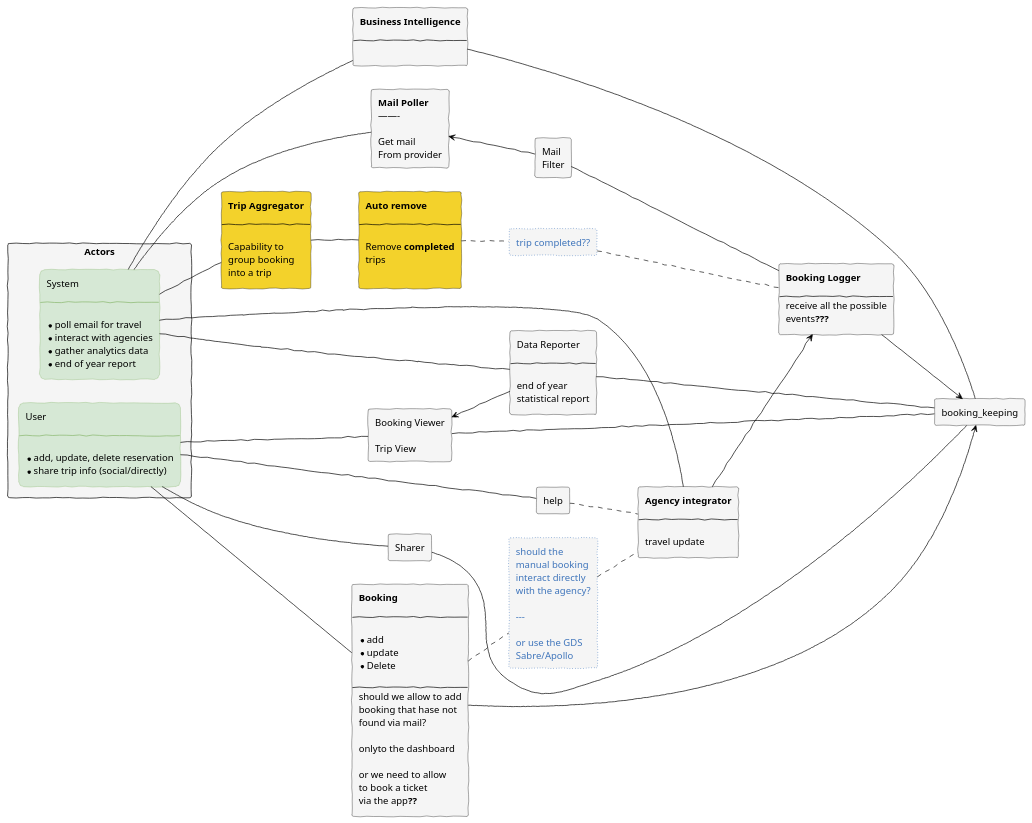
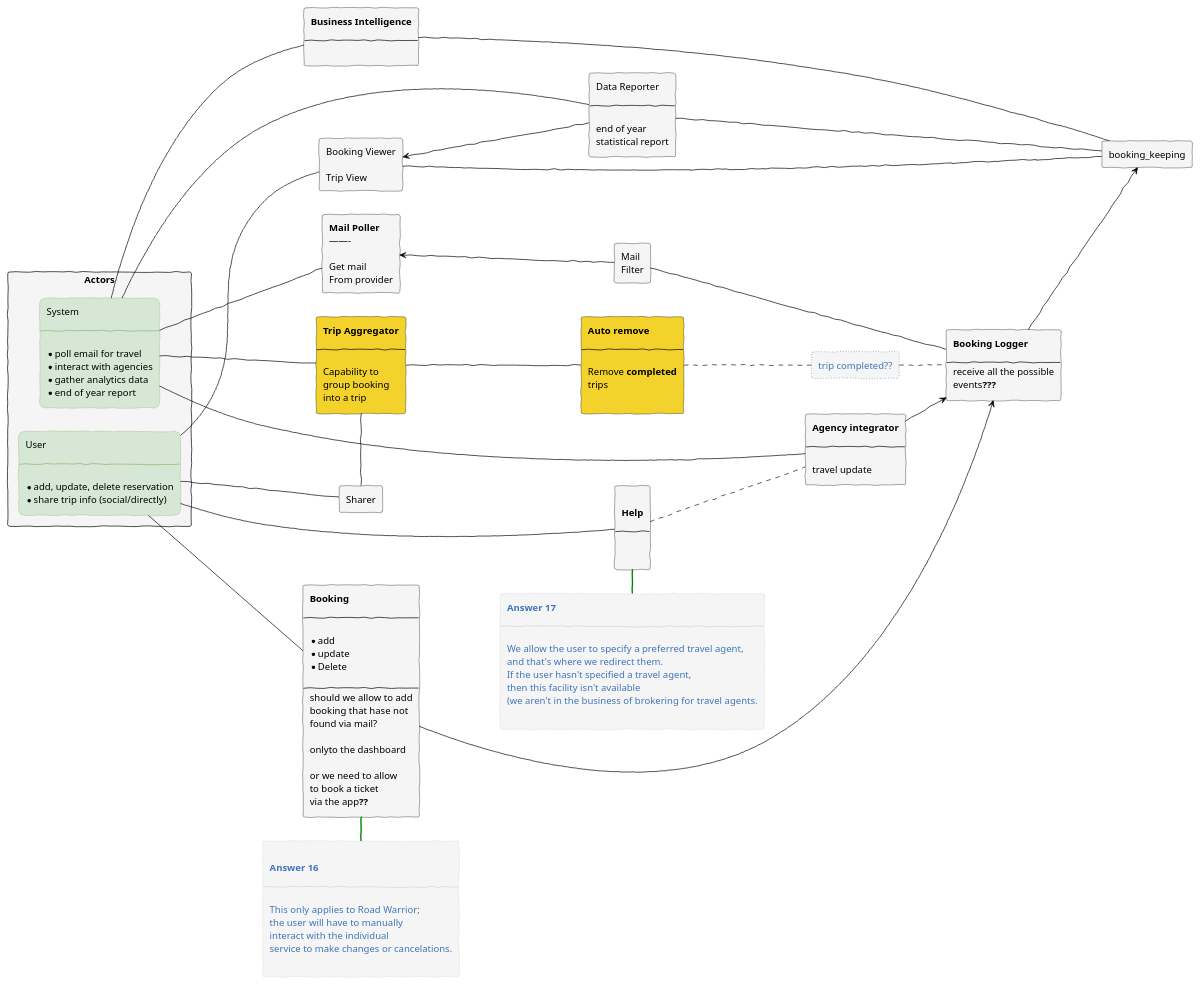
Before and after one commit to relic-da/ArchEnemies: the diagram in doc/actor-action.puml, drawn with PlantUML. The commit also changed 2 other files, not shown here.

Commit message:
d - update response to the diagram

```diff
--- a/doc/actor-action.puml
+++ b/doc/actor-action.puml
@@ -21,6 +21,10 @@
 '    RoundCorner<<action>> 30
     BackgroundColor<<sticky>> #F3D22B
     borderColor<<sticky>> black
+
+    borderColor<<answer>> #lightgray
+    FontColor<<answer>> #3F75BB
+    '
  }
 
 
@@ -112,11 +116,46 @@
 via the app**??**
 ]
 
+rectangle booking_answer <<answer>> [
+
+**Answer 16**
+
+---
+
+This only applies to Road Warrior;
+the user will have to manually
+interact with the individual
+service to make changes or cancelations.
+
+]
+
 rectangle sharer  [
 Sharer
 ]
 
-rectangle help 
+rectangle help  [
+
+**Help**
+
+---
+
+
+]
+
+rectangle help_answer <<answer>>[
+**Answer 17**
+
+---
+
+We allow the user to specify a preferred travel agent,
+and that's where we redirect them. 
+If the user hasn't specified a travel agent,
+then this facility isn't available 
+(we aren't in the business of brokering for travel agents.
+
+]
+
+help =[#green] help_answer
 
 rectangle booking_viewer  [
 Booking Viewer
@@ -156,17 +195,7 @@
 
 ]
 
-rectangle q1 <<action>>#line.dotted[
-should the
-manual booking
-interact directly
-with the agency?
 
---- 
-
-or use the GDS
-Sabre/Apollo
-]
 
 rectangle q2 <<action>>#line.dotted[
 trip completed??
@@ -185,8 +214,6 @@
 
 data_reporter -[#black]-- booking_keeping
 
-booking_manual             ..               q1
-q1 .. travel_updates
 booking_viewer            .[hidden]               sharer
 sharer                    .[hidden]               booking_manual
 booking_manual            .[hidden].               help
@@ -219,10 +246,13 @@
 ' connectivty intermediate
 booking_viewer   <-[#black]-    data_reporter
 '
-help             .      travel_updates
+help             ..      travel_updates
 booking_viewer   -[#black]--    booking_keeping
-booking_manual   -[#black]-->   booking_keeping
-sharer           -[#black]--    booking_keeping
+'booking_manual   -[#black]-->   booking_keeping
+booking_manual   -[#black]-->   booking_logger
+
+group_trip           -[#black]    sharer
+'sharer           -[#black]--    booking_keeping
 '
 mail_poller      <-[#black]-    mail_filter
 
@@ -232,4 +262,8 @@
 mail_filter      -[#black]-    booking_logger
 travel_updates   -[#black]->   booking_logger
 '
+'
+'
+'
+booking_manual =[#green] booking_answer
 @enduml
```
